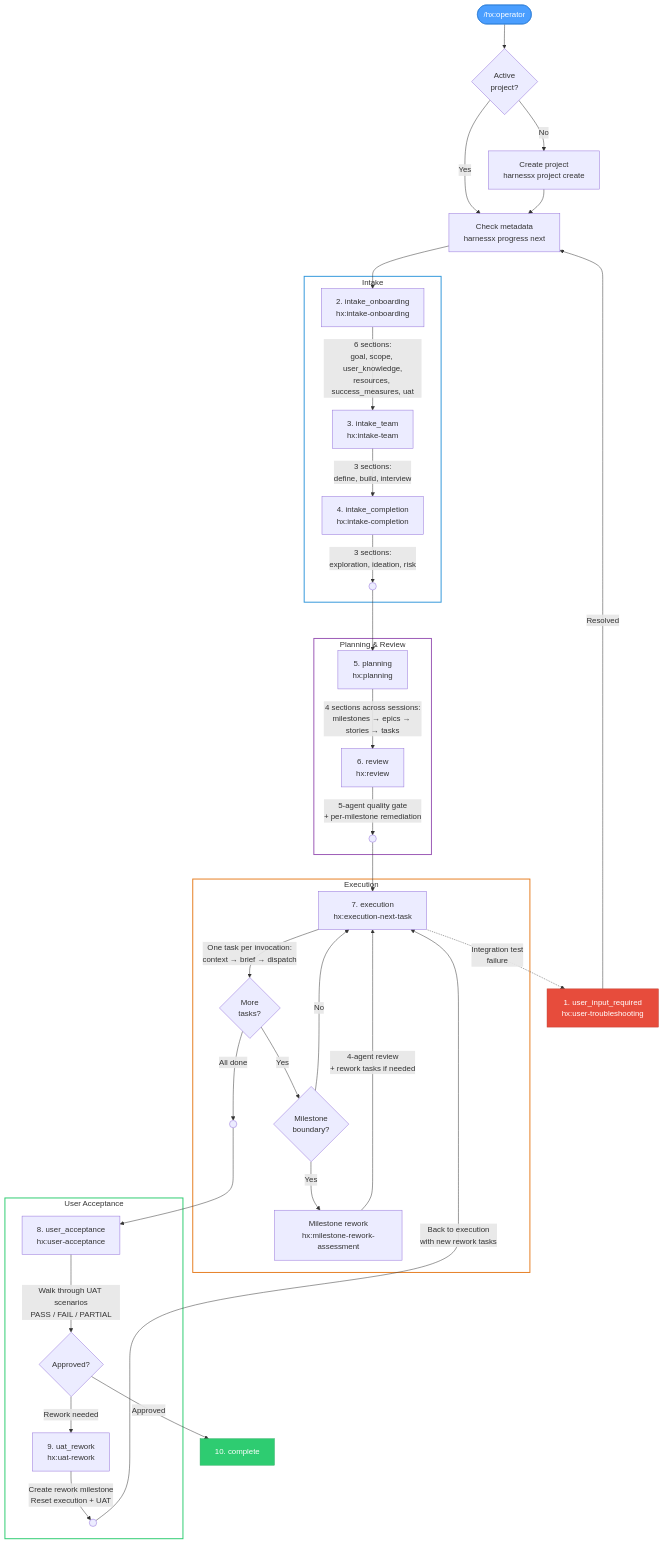
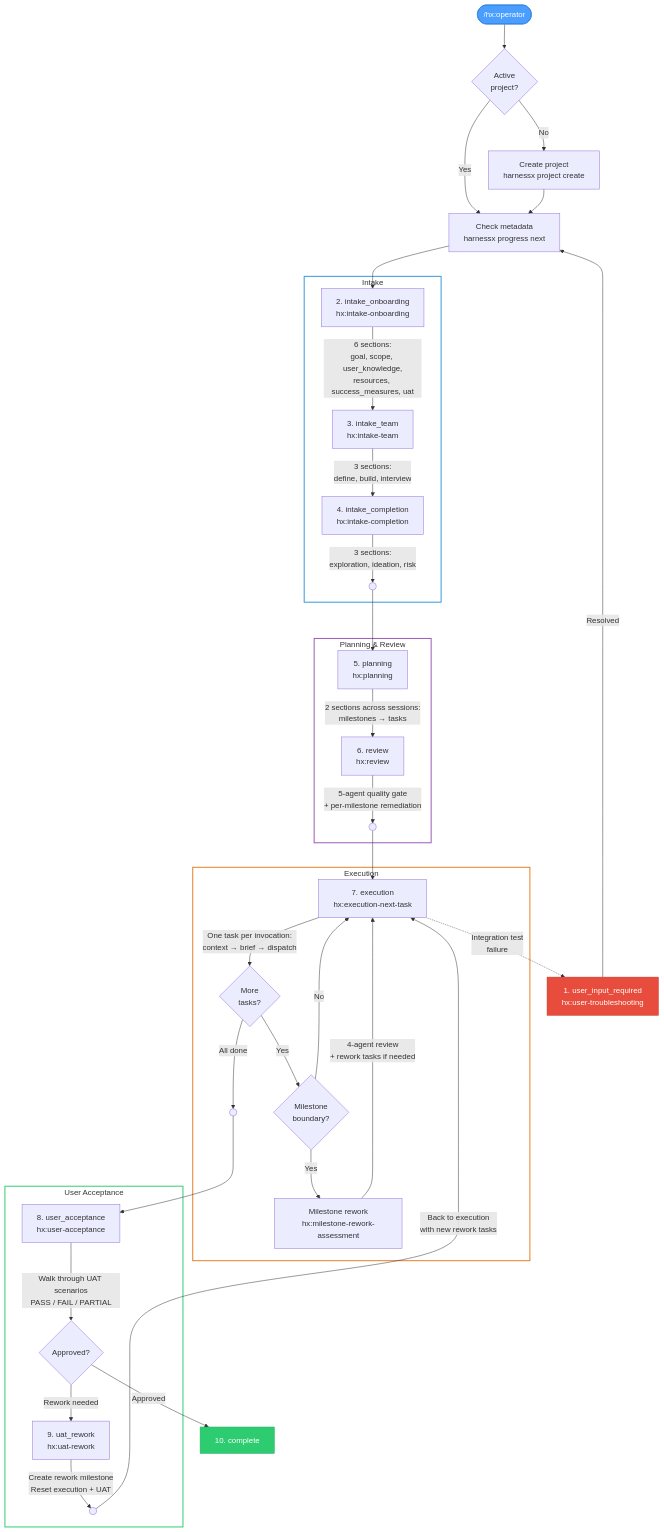
The diagram in docs/README.md (coderaidershaun/harnessx), drawn with Mermaid before and after one commit. The commit also changed other lines of this file and 3 other files, not shown here.

````diff
--- a/docs/README.md
+++ b/docs/README.md
@@ -716,72 +716,72 @@
 ```mermaid
 flowchart TD
     %% Entry
     Start(["/hx:operator"]) --> HasProject{Active\nproject?}
     HasProject -->|No| Create["Create project\nharnessx project create"]
     HasProject -->|Yes| CheckMeta["Check metadata\nharnessx progress next"]
     Create --> CheckMeta
 
     %% Failure reroute (can happen at any point during execution)
     Troubleshoot["1. user_input_required\nhx:user-troubleshooting"]
     Troubleshoot -->|Resolved| CheckMeta
 
     %% Intake
     CheckMeta --> Onboarding
 
     subgraph Intake ["Intake"]
         Onboarding["2. intake_onboarding\nhx:intake-onboarding"]
         Onboarding -->|"6 sections:\ngoal, scope, user_knowledge,\nresources, success_measures, uat"| Team
         Team["3. intake_team\nhx:intake-team"]
         Team -->|"3 sections:\ndefine, build, interview"| Completion
         Completion["4. intake_completion\nhx:intake-completion"]
         Completion -->|"3 sections:\nexploration, ideation, risk"| IntakeDone((" "))
     end
 
     %% Planning
     IntakeDone --> Planning
 
     subgraph Plan ["Planning & Review"]
         Planning["5. planning\nhx:planning"]
-        Planning -->|"4 sections across sessions:\nmilestones → epics → stories → tasks"| Review
+        Planning -->|"2 sections across sessions:\nmilestones → tasks"| Review
         Review["6. review\nhx:review"]
         Review -->|"5-agent quality gate\n+ per-milestone remediation"| PlanDone((" "))
     end
 
     %% Execution with milestone rework loop
     PlanDone --> Execution
 
     subgraph Exec ["Execution"]
         Execution["7. execution\nhx:execution-next-task"]
         Execution -->|"One task per invocation:\ncontext → brief → dispatch"| TaskDone{More\ntasks?}
         TaskDone -->|Yes| MilestoneCheck{Milestone\nboundary?}
         MilestoneCheck -->|No| Execution
         MilestoneCheck -->|Yes| MilestoneRework["Milestone rework\nhx:milestone-rework-assessment"]
         MilestoneRework -->|"4-agent review\n+ rework tasks if needed"| Execution
         TaskDone -->|All done| ExecDone((" "))
     end
 
     %% Failure reroute from execution
     Execution -.->|"Integration test\nfailure"| Troubleshoot
 
     %% UAT with rework loop
     ExecDone --> UAT
 
     subgraph Accept ["User Acceptance"]
         UAT["8. user_acceptance\nhx:user-acceptance"]
         UAT -->|"Walk through UAT scenarios\nPASS / FAIL / PARTIAL"| Verdict{Approved?}
         Verdict -->|Rework needed| UATRework["9. uat_rework\nhx:uat-rework"]
         UATRework -->|"Create rework milestone\nReset execution + UAT"| ReworkLoop((" "))
     end
 
     ReworkLoop -->|"Back to execution\nwith new rework tasks"| Execution
     Verdict -->|Approved| Done["10. complete"]
 
     %% Styling
     style Start fill:#4a9eff,color:#fff,stroke:#2d7cd4
     style Done fill:#2ecc71,color:#fff,stroke:#27ae60
     style Troubleshoot fill:#e74c3c,color:#fff,stroke:#c0392b
     style Intake fill:none,stroke:#3498db,stroke-width:2px
     style Plan fill:none,stroke:#9b59b6,stroke-width:2px
     style Exec fill:none,stroke:#e67e22,stroke-width:2px
     style Accept fill:none,stroke:#2ecc71,stroke-width:2px
 ```
````
